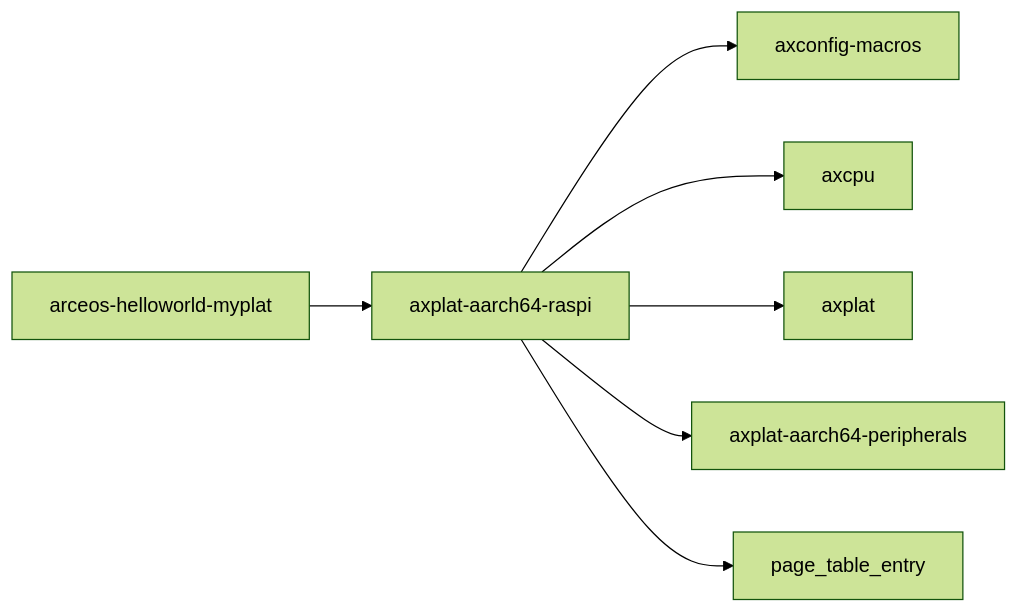
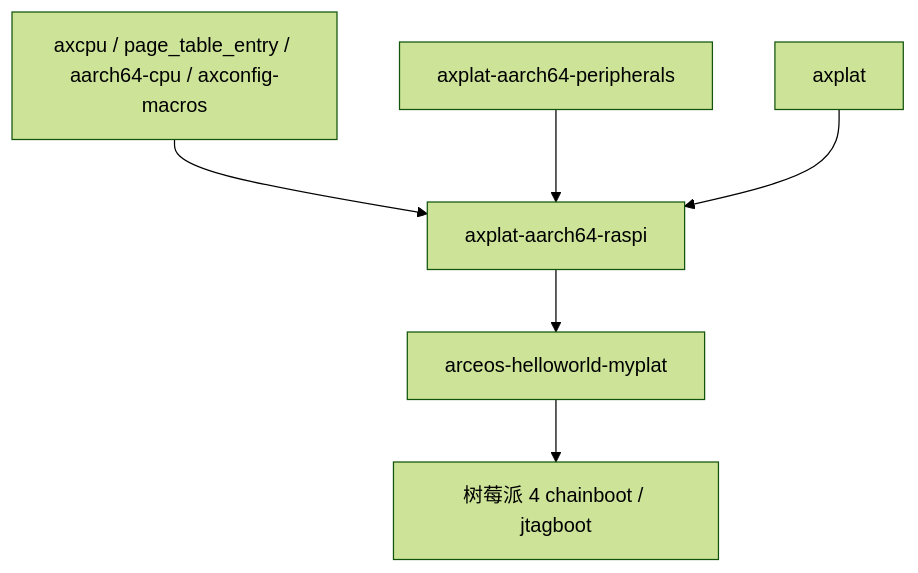
One commit to rcore-os/tgoskits changed the second of 2 diagrams in docs/crates/axplat-aarch64-raspi.md. Above: the diagram before and after it, drawn with Mermaid (forest theme). The commit also changed other lines of this file and 99 other files, not shown here.

````diff
--- a/docs/crates/axplat-aarch64-raspi.md
+++ b/docs/crates/axplat-aarch64-raspi.md
@@ -37,10 +156,8 @@
 ```mermaid
-graph LR
-    current["axplat-aarch64-raspi"]
-    current --> axconfig_macros["axconfig-macros"]
-    current --> axcpu["axcpu"]
-    current --> axplat["axplat"]
-    current --> axplat_aarch64_peripherals["axplat-aarch64-peripherals"]
-    current --> page_table_entry["page_table_entry"]
-    arceos_helloworld_myplat["arceos-helloworld-myplat"] --> current
+graph TD
+    A[axcpu / page_table_entry / aarch64-cpu / axconfig-macros] --> B[axplat-aarch64-raspi]
+    C[axplat-aarch64-peripherals] --> B
+    D[axplat] --> B
+    B --> E[arceos-helloworld-myplat]
+    E --> F[树莓派 4 chainboot / jtagboot]
 ```
````
